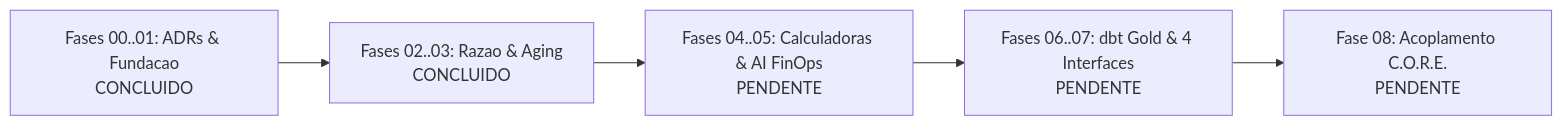
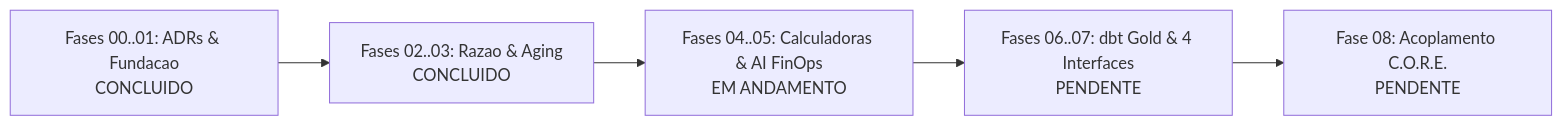
The diagram in JORNADA_IMPLEMENTACAO.md (jhsfhtls/finops-capex-revenue-lakehouse), drawn with Mermaid before and after one commit. The commit also changed other lines of this file and 10 other files, not shown here.

````diff
--- a/JORNADA_IMPLEMENTACAO.md
+++ b/JORNADA_IMPLEMENTACAO.md
@@ -23,7 +23,7 @@
 ```mermaid
 flowchart LR
     F01["Fases 00..01: ADRs & Fundacao<br/>CONCLUIDO"] --> F03["Fases 02..03: Razao & Aging<br/>CONCLUIDO"]
-    F03 --> F05["Fases 04..05: Calculadoras & AI FinOps<br/>PENDENTE"]
+    F03 --> F05["Fases 04..05: Calculadoras & AI FinOps<br/>EM ANDAMENTO"]
     F05 --> F07["Fases 06..07: dbt Gold & 4 Interfaces<br/>PENDENTE"]
     F07 --> F08["Fase 08: Acoplamento C.O.R.E.<br/>PENDENTE"]
 ```
````
